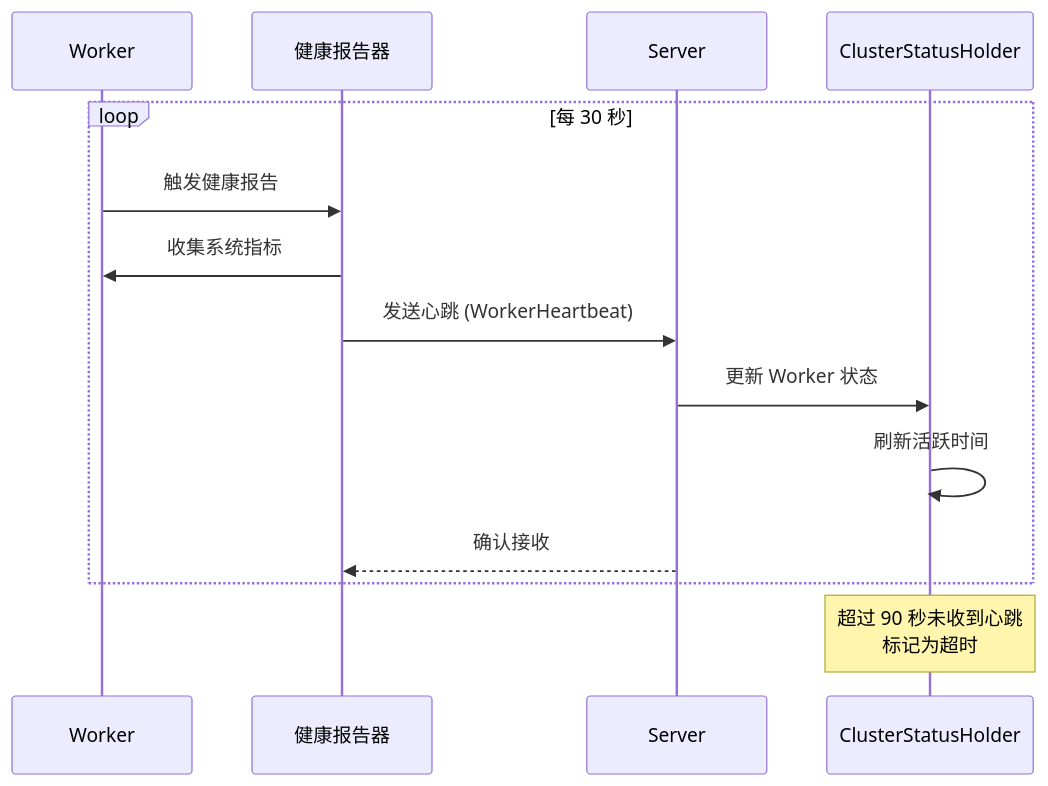
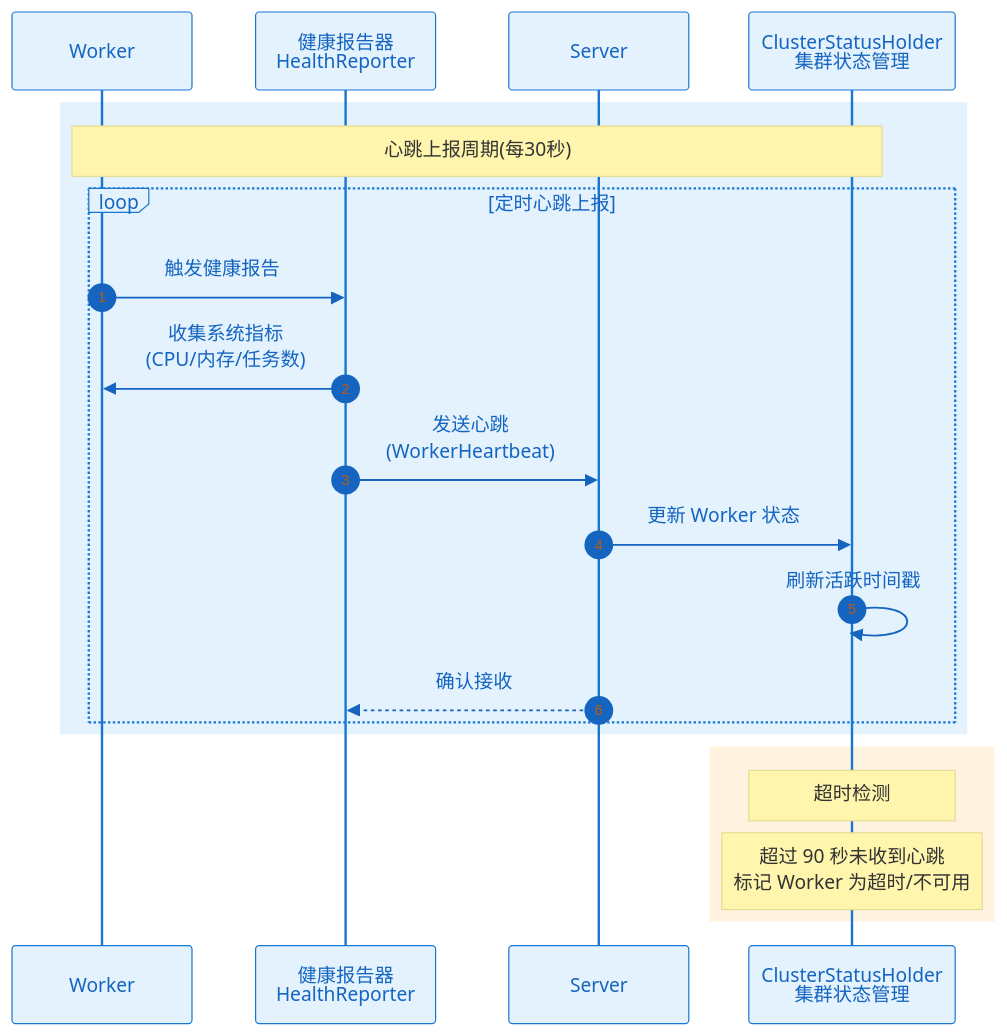
One commit to Echo009/PowerJob-Docs changed the sixth of 6 diagrams in zh/core/architecture.md. Above: the diagram before and after it, drawn with Mermaid. The commit also changed other lines of this file and 7 other files, not shown here.

Commit message:
chore: 优化文档中的 mermaid 图表样式

````diff
--- a/zh/core/architecture.md
+++ b/zh/core/architecture.md
@@ -404,18 +468,27 @@
 ```mermaid
+%%{init: {'theme':'base', 'themeVariables': { 'primaryColor':'#e3f2fd', 'primaryTextColor':'#1565c0', 'primaryBorderColor':'#1976d2', 'lineColor':'#42a5f5', 'secondaryColor':'#e8f5e9', 'tertiaryColor':'#fff3e0', 'background':'#ffffff'}}}%%
 sequenceDiagram
-    participant W as Worker
-    participant HR as 健康报告器
-    participant S as Server
-    participant CSH as ClusterStatusHolder
+    autonumber
 
-    loop 每 30 秒
-        W->>HR: 触发健康报告
-        HR->>W: 收集系统指标
-        HR->>S: 发送心跳 (WorkerHeartbeat)
-        S->>CSH: 更新 Worker 状态
-        CSH->>CSH: 刷新活跃时间
-        S-->>HR: 确认接收
+    participant Worker as Worker
+    participant Reporter as 健康报告器<br/>HealthReporter
+    participant Server as Server
+    participant Status as ClusterStatusHolder<br/>集群状态管理
+
+    rect rgb(227, 242, 253)
+        Note over Worker,Status: 心跳上报周期(每30秒)
+        loop 定时心跳上报
+            Worker->>Reporter: 触发健康报告
+            Reporter->>Worker: 收集系统指标<br/>(CPU/内存/任务数)
+            Reporter->>Server: 发送心跳<br/>(WorkerHeartbeat)
+            Server->>Status: 更新 Worker 状态
+            Status->>Status: 刷新活跃时间戳
+            Server-->>Reporter: 确认接收
+        end
     end
 
-    Note over CSH: 超过 90 秒未收到心跳<br/>标记为超时
+    rect rgb(255, 243, 224)
+        Note over Status: 超时检测
+        Note over Status: 超过 90 秒未收到心跳<br/>标记 Worker 为超时/不可用
+    end
 ```
````
